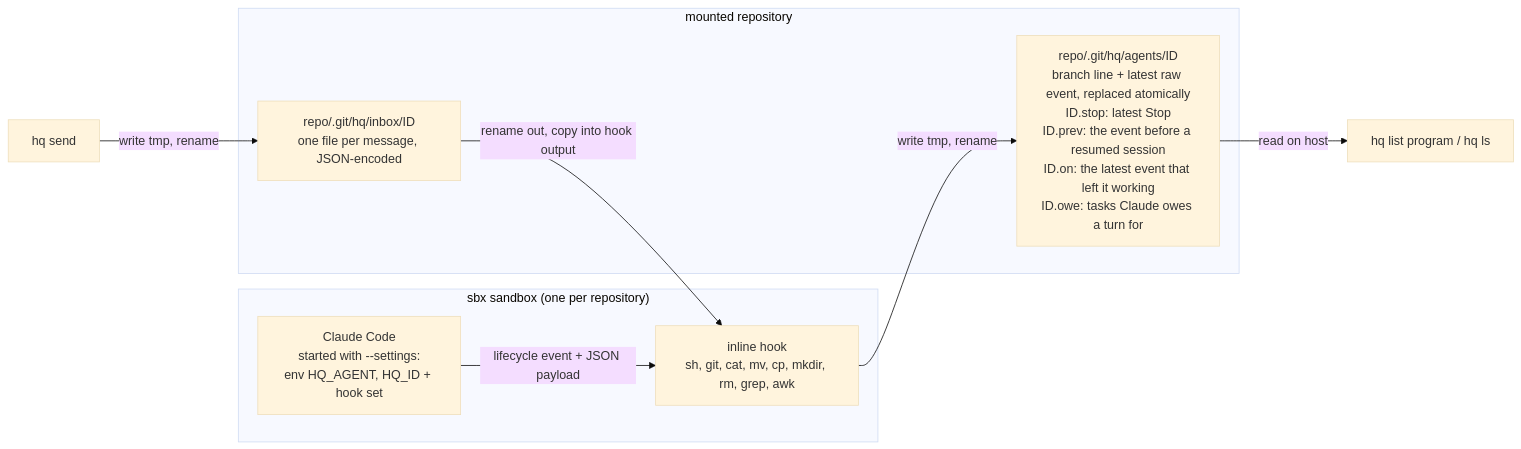
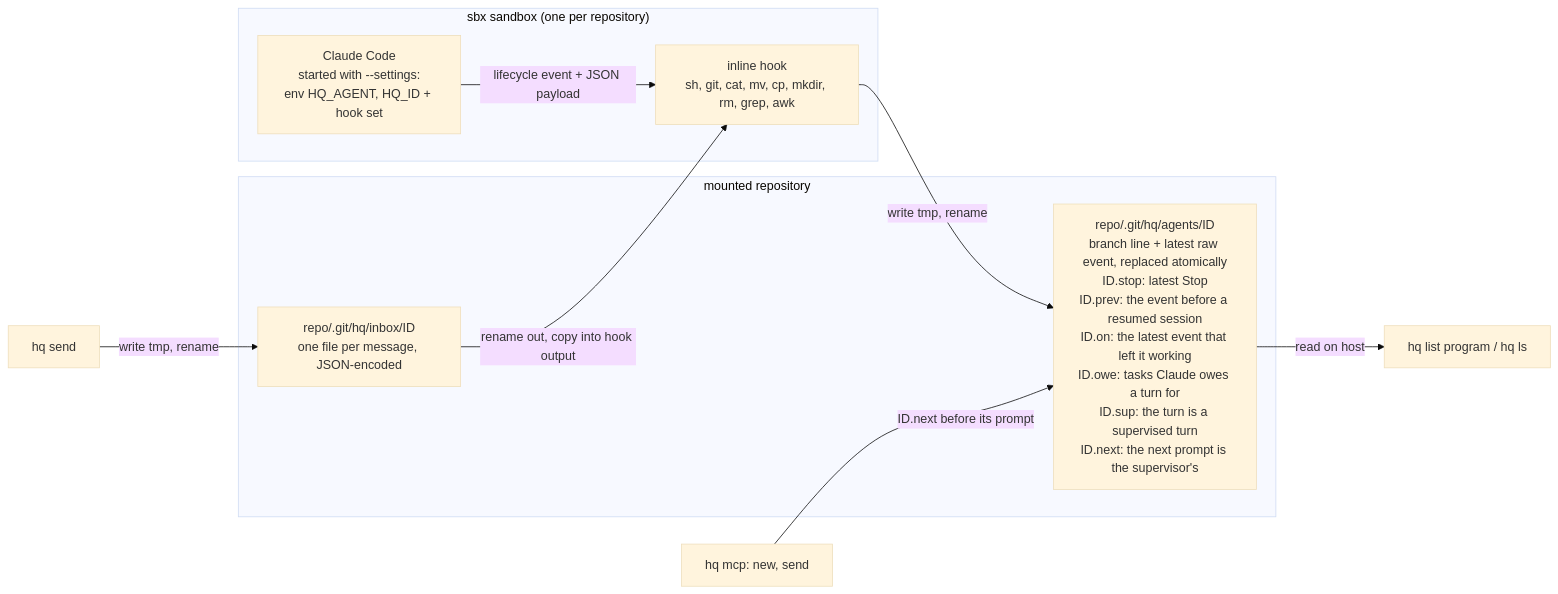
The second of 4 diagrams in docs/design/hq.md (rkrysinski/hq), drawn with Mermaid (base theme) before and after one commit. The commit also changed other lines of this file and 25 other files, not shown here.

````diff
--- a/docs/design/hq.md
+++ b/docs/design/hq.md
@@ -83,16 +83,17 @@
 ```mermaid
 flowchart LR
     subgraph SB["sbx sandbox (one per repository)"]
         C["Claude Code<br/>started with --settings:<br/>env HQ_AGENT, HQ_ID + hook set"]
         K["inline hook<br/>sh, git, cat, mv, cp, mkdir, rm, grep, awk"]
         C -- "lifecycle event + JSON payload" --> K
     end
     subgraph RP["mounted repository"]
-        F["repo/.git/hq/agents/ID<br/>branch line + latest raw event, replaced atomically<br/>ID.stop: latest Stop<br/>ID.prev: the event before a resumed session<br/>ID.on: the latest event that left it working<br/>ID.owe: tasks Claude owes a turn for"]
+        F["repo/.git/hq/agents/ID<br/>branch line + latest raw event, replaced atomically<br/>ID.stop: latest Stop<br/>ID.prev: the event before a resumed session<br/>ID.on: the latest event that left it working<br/>ID.owe: tasks Claude owes a turn for<br/>ID.sup: the turn is a supervised turn<br/>ID.next: the next prompt is the supervisor's"]
         I["repo/.git/hq/inbox/ID<br/>one file per message, JSON-encoded"]
     end
     K -- "write tmp, rename" --> F
     F -- "read on host" --> LP["hq list program / hq ls"]
     SEND["hq send"] -- "write tmp, rename" --> I
     I -- "rename out, copy into hook output" --> K
+    MCP["hq mcp: new, send"] -- "ID.next before its prompt" --> F
 ```
````
